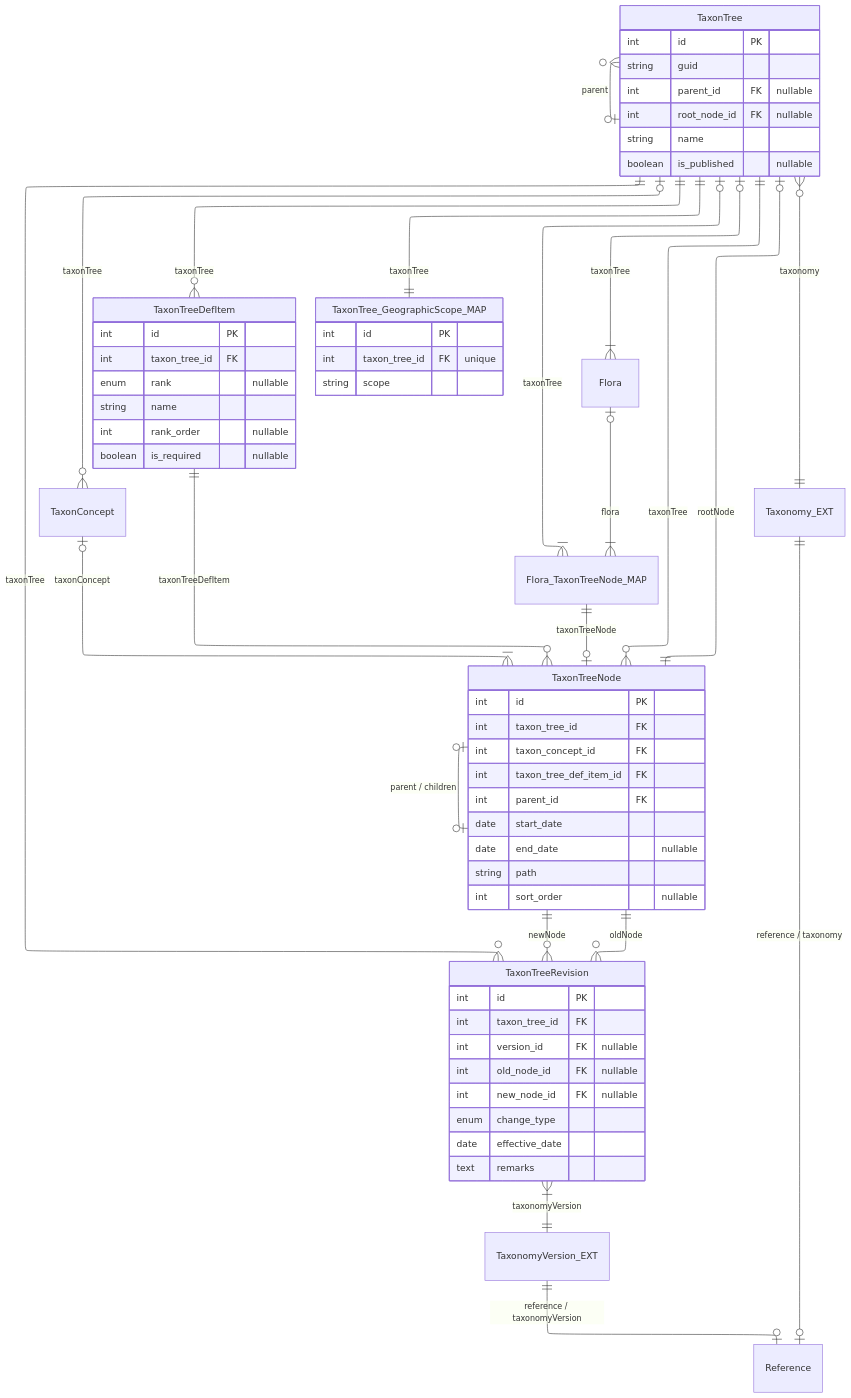
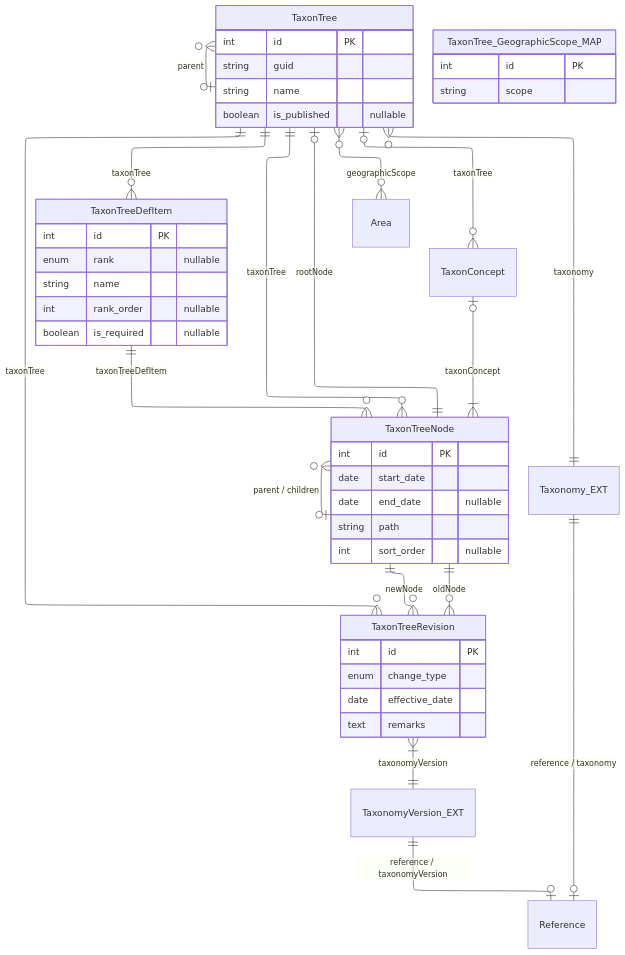
The diagram in source/_mermaid/layer-3-governance.mmd (vicflora/vicflora-docs), drawn with Mermaid before and after one commit. The commit also changed 55 other files, not shown here.

```diff
--- a/source/_mermaid/layer-3-governance.mmd
+++ b/source/_mermaid/layer-3-governance.mmd
@@ -1,79 +1,62 @@
 ---
 config:
   layout: elk
 ---
 erDiagram
 
   TaxonTree ||--o{ TaxonTreeDefItem : "taxonTree"
   TaxonTree ||--o{ TaxonTreeNode : "taxonTree"
   TaxonTree |o--|| TaxonTreeNode : "rootNode"
-  TaxonTree ||--|| TaxonTree_GeographicScope_MAP : taxonTree
+  TaxonTree }o--o{ Area : "geographicScope"
   TaxonTree }o--o| TaxonTree : "parent"
   
   TaxonTree |o--o{ TaxonConcept : taxonTree
   TaxonConcept |o--|{ TaxonTreeNode : taxonConcept
 
   TaxonTreeDefItem ||--o{ TaxonTreeNode : "taxonTreeDefItem"
   
   TaxonTreeNode ||--o{ TaxonTreeRevision : "oldNode"
   TaxonTreeNode ||--o{ TaxonTreeRevision : "newNode"
   TaxonTree ||--o{ TaxonTreeRevision : "taxonTree"
   
-  TaxonTreeNode |o--o| TaxonTreeNode : "parent / children"
+  TaxonTreeNode }o--o| TaxonTreeNode : "parent / children"
 
   TaxonTree }o--|| Taxonomy_EXT : "taxonomy"
   Taxonomy_EXT ||--o| Reference : "reference / taxonomy"
   TaxonTreeRevision }|--|| TaxonomyVersion_EXT : "taxonomyVersion"
   TaxonomyVersion_EXT ||--o| Reference : "reference / taxonomyVersion"
 
-  TaxonTree |o--|{ Flora : "taxonTree"
-  Flora |o--|{ Flora_TaxonTreeNode_MAP : "flora"
-  Flora_TaxonTreeNode_MAP }|--o| TaxonTree : "taxonTree"
-  Flora_TaxonTreeNode_MAP ||--o| TaxonTreeNode : "taxonTreeNode"
-  
   TaxonTree {
     int id PK
     string guid 
-    int parent_id FK "nullable"
-    int root_node_id FK "nullable"
     string name
     boolean is_published "nullable"
   }
 
   TaxonTree_GeographicScope_MAP {
     int id PK
-    int taxon_tree_id FK "unique"
     string scope
   }
 
   TaxonTreeDefItem {
     int id PK
-    int taxon_tree_id FK
     enum rank "nullable"
     string name 
     int rank_order "nullable"
     boolean is_required "nullable"
   }
 
   TaxonTreeNode {
     int id PK
-    int taxon_tree_id FK
-    int taxon_concept_id FK
-    int taxon_tree_def_item_id FK
-    int parent_id FK
     date start_date
     date end_date "nullable"
     string path
     int sort_order "nullable"
   }
 
   TaxonTreeRevision {
     int id PK
-    int taxon_tree_id FK
-    int version_id FK "nullable"
-    int old_node_id FK "nullable"
-    int new_node_id FK "nullable"
     enum change_type
     date effective_date
     text remarks
   }
```
